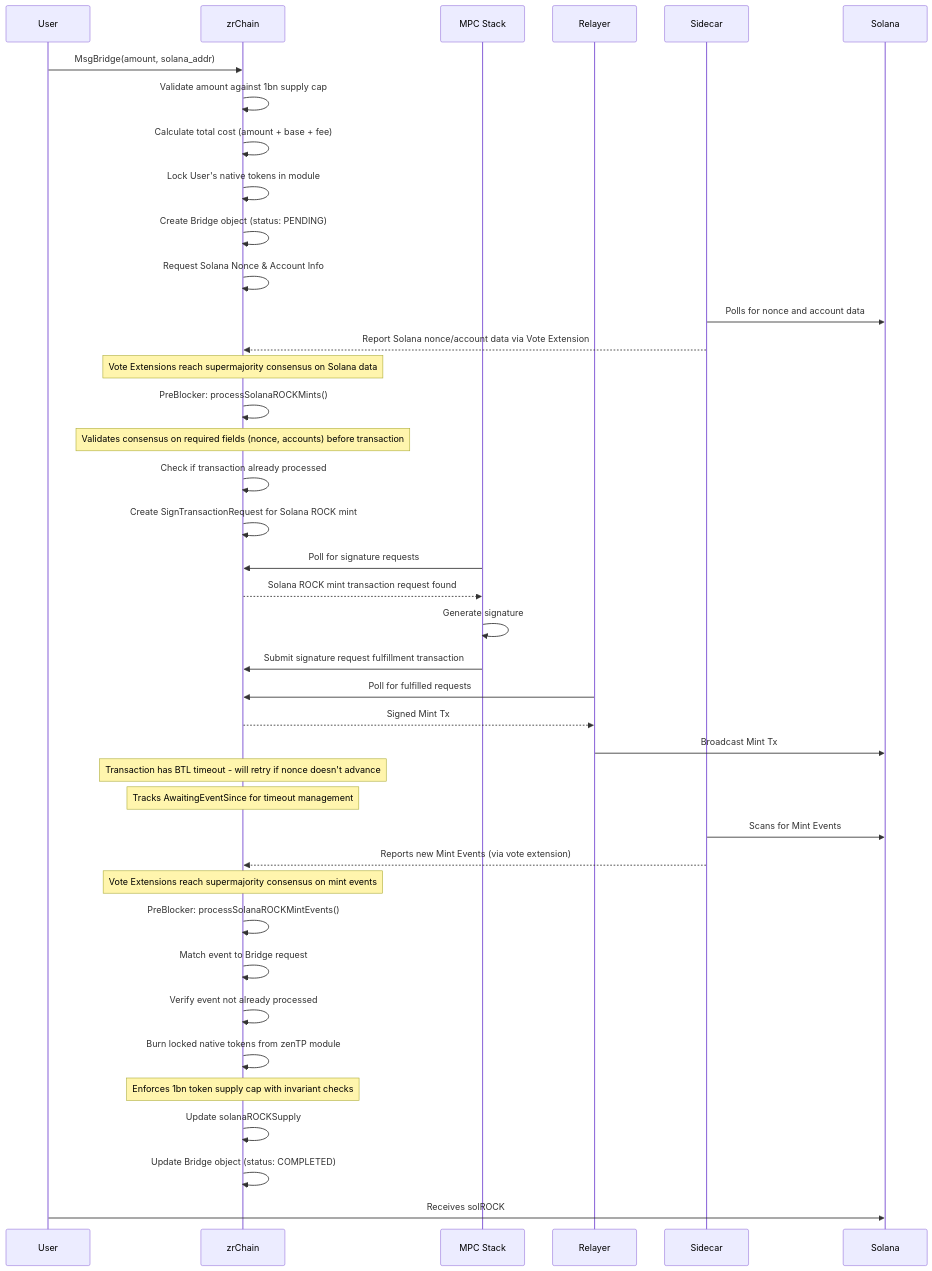
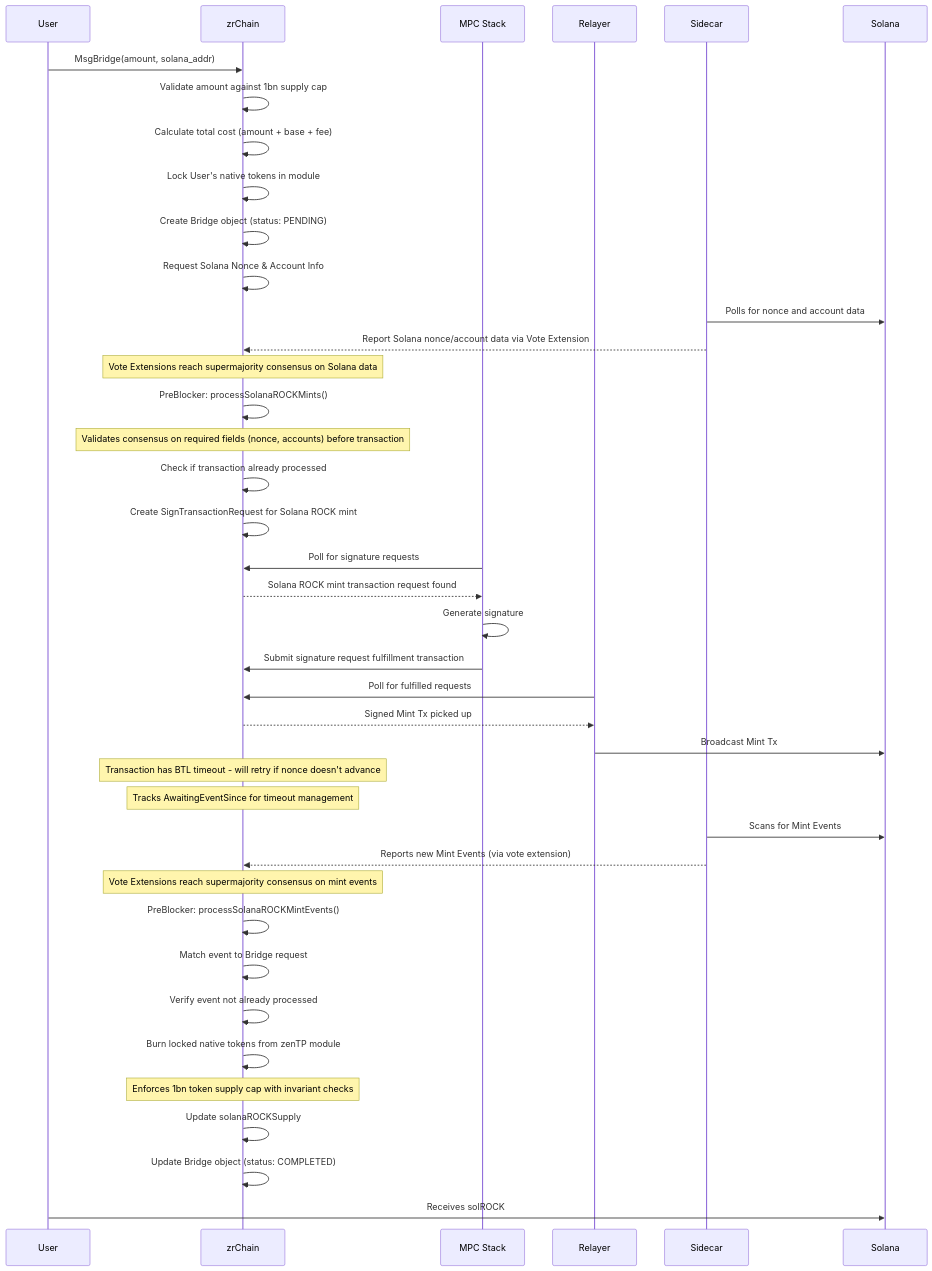
One commit to zenrocklabs/zrchain changed the third of 4 diagrams in docs/README.md. Above: the diagram before and after it, drawn with Mermaid. The commit also changed other lines of this file, not shown here.

````diff
--- a/docs/README.md
+++ b/docs/README.md
@@ -273,45 +274,45 @@
 ```mermaid
 sequenceDiagram
     participant User
     participant zrChain
     participant MPC Stack
     participant Relayer
     participant Sidecar
     participant Solana
 
     User->>zrChain: MsgBridge(amount, solana_addr)
     zrChain->>zrChain: Validate amount against 1bn supply cap
     zrChain->>zrChain: Calculate total cost (amount + base + fee)
     zrChain->>zrChain: Lock User's native tokens in module
     zrChain->>zrChain: Create Bridge object (status: PENDING)
     zrChain->>zrChain: Request Solana Nonce & Account Info
 
     Sidecar->>Solana: Polls for nonce and account data
     Sidecar-->>zrChain: Report Solana nonce/account data via Vote Extension
     Note over zrChain: Vote Extensions reach supermajority consensus on Solana data
     zrChain->>zrChain: PreBlocker: processSolanaROCKMints()
     Note over zrChain: Validates consensus on required fields (nonce, accounts) before transaction
     zrChain->>zrChain: Check if transaction already processed
     zrChain->>zrChain: Create SignTransactionRequest for Solana ROCK mint
     MPC Stack->>zrChain: Poll for signature requests
     zrChain-->>MPC Stack: Solana ROCK mint transaction request found
     MPC Stack->>MPC Stack: Generate signature
     MPC Stack->>zrChain: Submit signature request fulfillment transaction
     Relayer->>zrChain: Poll for fulfilled requests
-    zrChain-->>Relayer: Signed Mint Tx
+    zrChain-->>Relayer: Signed Mint Tx picked up
     Relayer->>Solana: Broadcast Mint Tx
     Note over zrChain: Transaction has BTL timeout - will retry if nonce doesn't advance
     Note over zrChain: Tracks AwaitingEventSince for timeout management
 
     Sidecar->>Solana: Scans for Mint Events
     Sidecar-->>zrChain: Reports new Mint Events (via vote extension)
     Note over zrChain: Vote Extensions reach supermajority consensus on mint events
     zrChain->>zrChain: PreBlocker: processSolanaROCKMintEvents()
     zrChain->>zrChain: Match event to Bridge request
     zrChain->>zrChain: Verify event not already processed
     zrChain->>zrChain: Burn locked native tokens from zenTP module
     Note over zrChain: Enforces 1bn token supply cap with invariant checks
     zrChain->>zrChain: Update solanaROCKSupply
     zrChain->>zrChain: Update Bridge object (status: COMPLETED)
     User->>Solana: Receives solROCK
 ```
````
